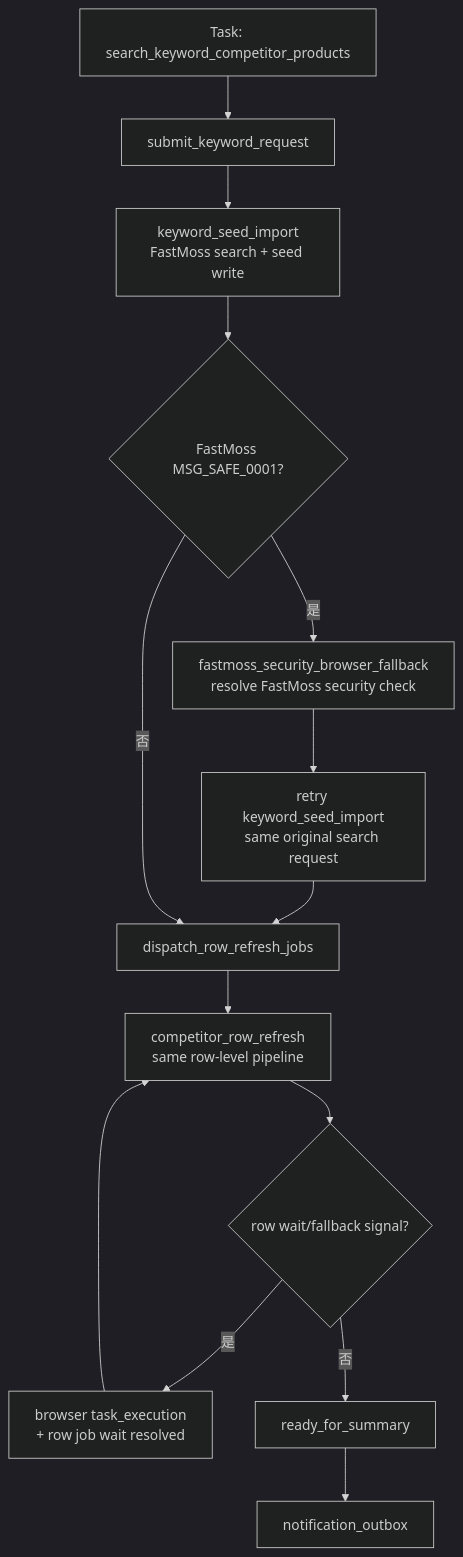
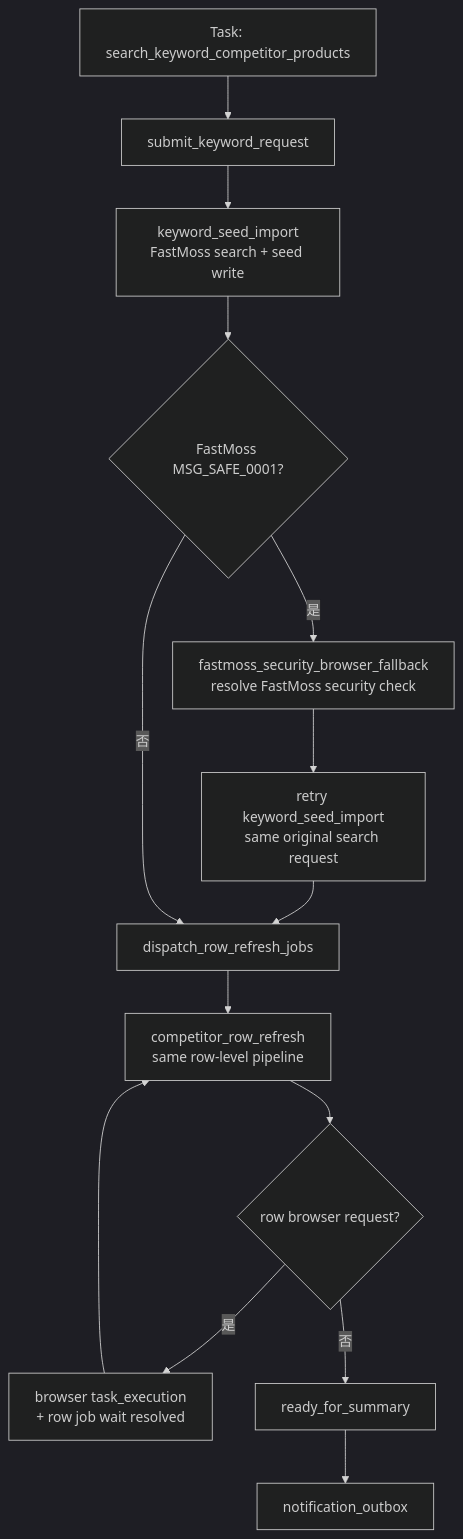
One commit to knighterrantsky/mujitask changed the fourth of 5 diagrams in docs/arch/workflow-competitor-table-design.md. Above: the diagram before and after it, drawn with Mermaid (dark theme). The commit also changed other lines of this file and 12 other files, not shown here.

````diff
--- a/docs/arch/workflow-competitor-table-design.md
+++ b/docs/arch/workflow-competitor-table-design.md
@@ -225,16 +226,16 @@
 ```mermaid
 flowchart TD
     A["Task: search_keyword_competitor_products"] --> B["submit_keyword_request"]
     B --> C["keyword_seed_import<br/>FastMoss search + seed write"]
     C --> S{"FastMoss MSG_SAFE_0001?"}
     S -->|是| R["fastmoss_security_browser_fallback<br/>resolve FastMoss security check"]
     R --> C2["retry keyword_seed_import<br/>same original search request"]
     C2 --> D["dispatch_row_refresh_jobs"]
     S -->|否| D["dispatch_row_refresh_jobs"]
     D --> E["competitor_row_refresh<br/>same row-level pipeline"]
-    E --> E1{"row wait/fallback signal?"}
+    E --> E1{"row browser request?"}
     E1 -->|是| E2["browser task_execution<br/>+ row job wait resolved"]
     E2 --> E
     E1 -->|否| F["ready_for_summary"]
     F --> G["notification_outbox"]
 ```
````
